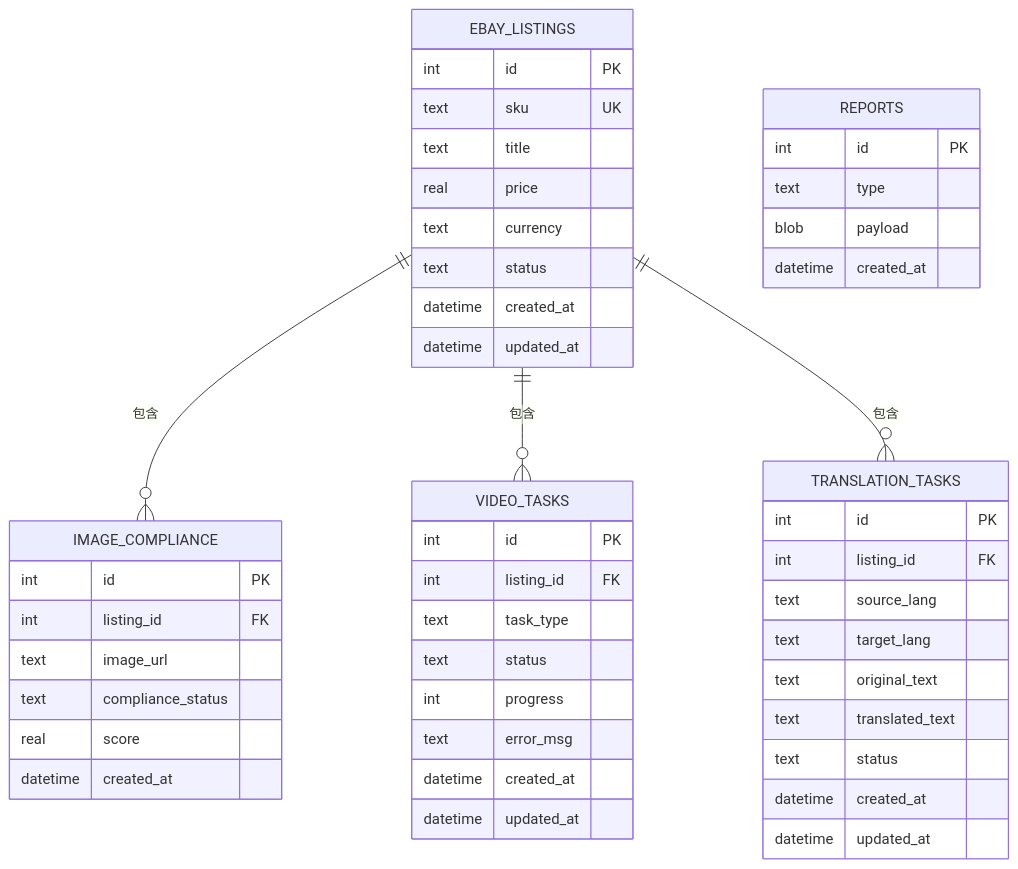
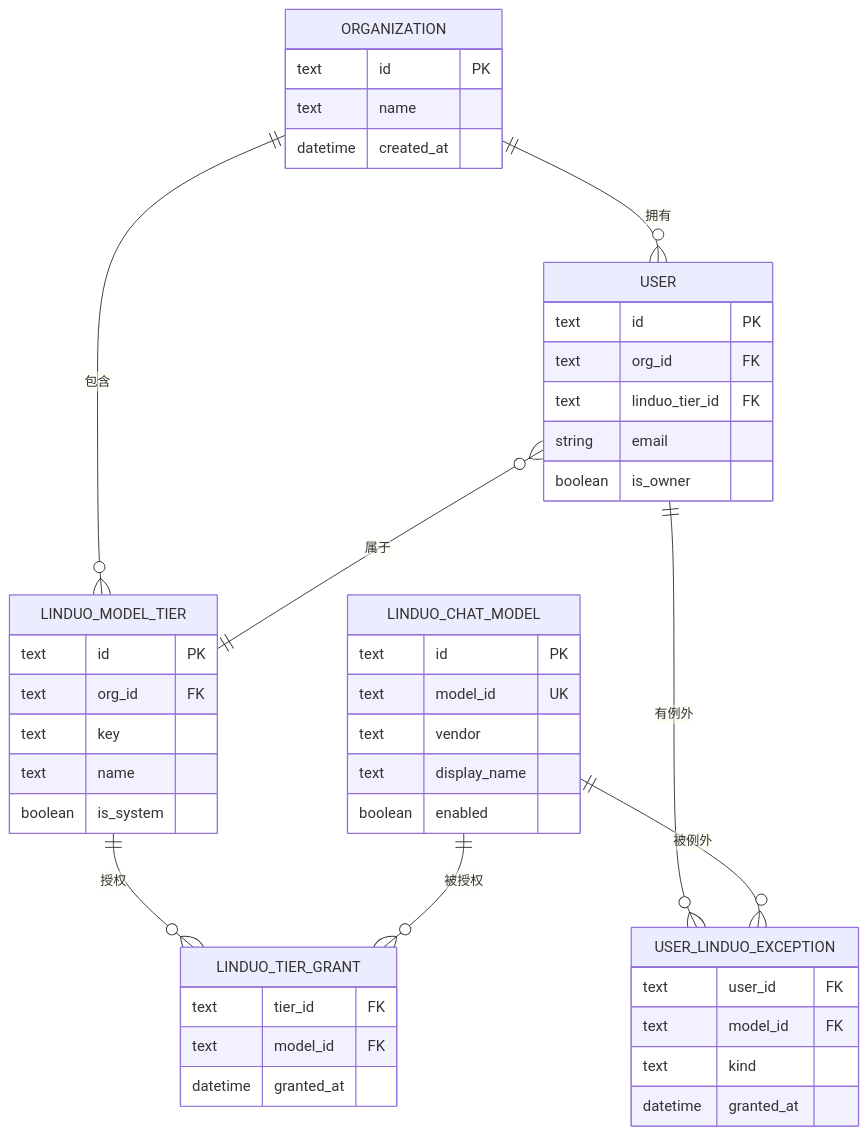
Before and after one commit to iljahofbauer219-lang/yandu: the fourth of 5 diagrams in .qoder/repowiki/zh/content/数据模型/数据库模式设计.md, drawn with Mermaid. The commit also changed other lines of this file and 340 other files, not shown here.

````diff
--- a/.qoder/repowiki/zh/content/数据模型/数据库模式设计.md
+++ b/.qoder/repowiki/zh/content/数据模型/数据库模式设计.md
@@ -166,51 +173,47 @@
 ```mermaid
 erDiagram
-EBAY_LISTINGS {
-int id PK
-text sku UK
-text title
-real price
-text currency
-text status
-datetime created_at
-datetime updated_at
-}
-IMAGE_COMPLIANCE {
-int id PK
-int listing_id FK
-text image_url
-text compliance_status
-real score
+ORGANIZATION {
+text id PK
+text name
 datetime created_at
 }
-VIDEO_TASKS {
-int id PK
-int listing_id FK
-text task_type
-text status
-int progress
-text error_msg
-datetime created_at
-datetime updated_at
+USER {
+text id PK
+text org_id FK
+text linduo_tier_id FK
+string email
+boolean is_owner
 }
-TRANSLATION_TASKS {
-int id PK
-int listing_id FK
-text source_lang
-text target_lang
-text original_text
-text translated_text
-text status
-datetime created_at
-datetime updated_at
+LINDUO_MODEL_TIER {
+text id PK
+text org_id FK
+text key
+text name
+boolean is_system
 }
-REPORTS {
-int id PK
-text type
-blob payload
-datetime created_at
+LINDUO_CHAT_MODEL {
+text id PK
+text model_id UK
+text vendor
+text display_name
+boolean enabled
 }
-EBAY_LISTINGS ||--o{ IMAGE_COMPLIANCE : "包含"
-EBAY_LISTINGS ||--o{ VIDEO_TASKS : "包含"
-EBAY_LISTINGS ||--o{ TRANSLATION_TASKS : "包含"
+LINDUO_TIER_GRANT {
+text tier_id FK
+text model_id FK
+datetime granted_at
+}
+USER_LINDUO_EXCEPTION {
+text user_id FK
+text model_id FK
+text kind
+datetime granted_at
+}
+ORGANIZATION ||--o{ USER : "拥有"
+ORGANIZATION ||--o{ LINDUO_MODEL_TIER : "包含"
+USER }o--|| LINDUO_MODEL_TIER : "属于"
+LINDUO_MODEL_TIER ||--o{ LINDUO_TIER_GRANT : "授权"
+LINDUO_CHAT_MODEL ||--o{ LINDUO_TIER_GRANT : "被授权"
+USER ||--o{ USER_LINDUO_EXCEPTION : "有例外"
+LINDUO_CHAT_MODEL ||--o{ USER_LINDUO_EXCEPTION : "被例外"
 ```
````
